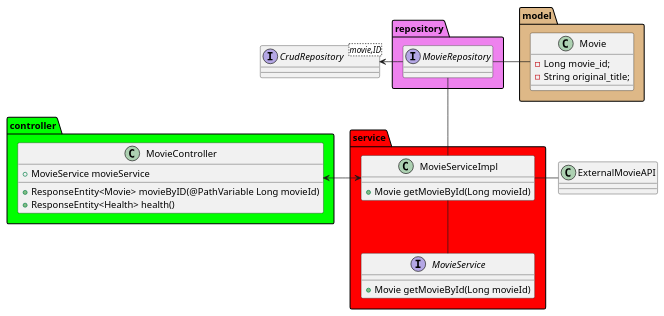
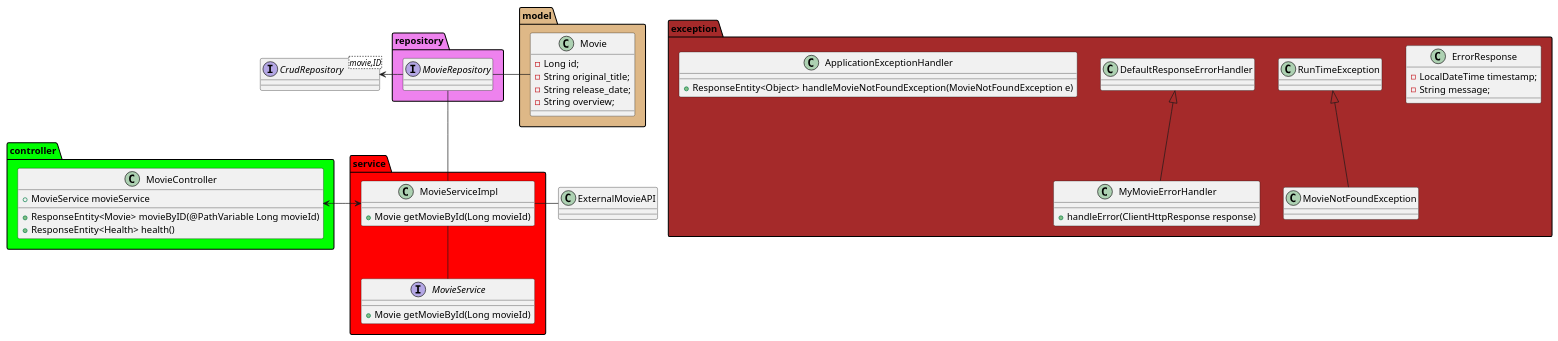
One commit to hvferreira/movie-api changed the diagram in Docs/UML.puml. Above: the diagram before and after it, drawn with PlantUML. The commit also changed 8 other files, not shown here.

Commit message:
Updated UML diagram.  Introduction of Person/Actor classes.  Get lastestMovie methods added

```diff
--- a/Docs/UML.puml
+++ b/Docs/UML.puml
@@ -1,57 +1,76 @@
 @startuml
 
 
 package controller <<Folder>> #lime{
 
     class MovieController{
     + MovieService movieService
     + ResponseEntity<Movie> movieByID(@PathVariable Long movieId)
     + ResponseEntity<Health> health()
     }
 
 }
 
 
 package model <<Folder>> #burlywood{
 
   class Movie{
-  - Long movie_id;
+  - Long id;
   - String original_title;
+  - String release_date;
+  - String overview;
     }
 
 }
 
 package repository <<Folder>> #violet {
 
   interface MovieRepository {
 
   }
 
 }
 
 package service <<Folder>> #red{
 
   interface MovieService{
   +Movie getMovieById(Long movieId)
   }
   class MovieServiceImpl{
     + Movie getMovieById(Long movieId)
   }
 
 }
 Interface CrudRepository<movie,ID>{
 
 }
 
 class ExternalMovieAPI{
 
     }
 
+package exception <<Folder>> #brown{
+    class ErrorResponse{
+        - LocalDateTime timestamp;
+        - String message;
+    }
+    class MovieNotFoundException extends RunTimeException{
+
+    }
+    class MyMovieErrorHandler extends DefaultResponseErrorHandler{
+     + handleError(ClientHttpResponse response)
+    }
+
+    class ApplicationExceptionHandler{
+        + ResponseEntity<Object> handleMovieNotFoundException(MovieNotFoundException e)
+    }
+}
+
 MovieController <-right-> MovieServiceImpl
 MovieRepository -left-> CrudRepository
 
 MovieServiceImpl -- MovieService
 MovieServiceImpl -up- MovieRepository
 MovieRepository -right- Movie
 MovieServiceImpl -right- ExternalMovieAPI
 @enduml
```
